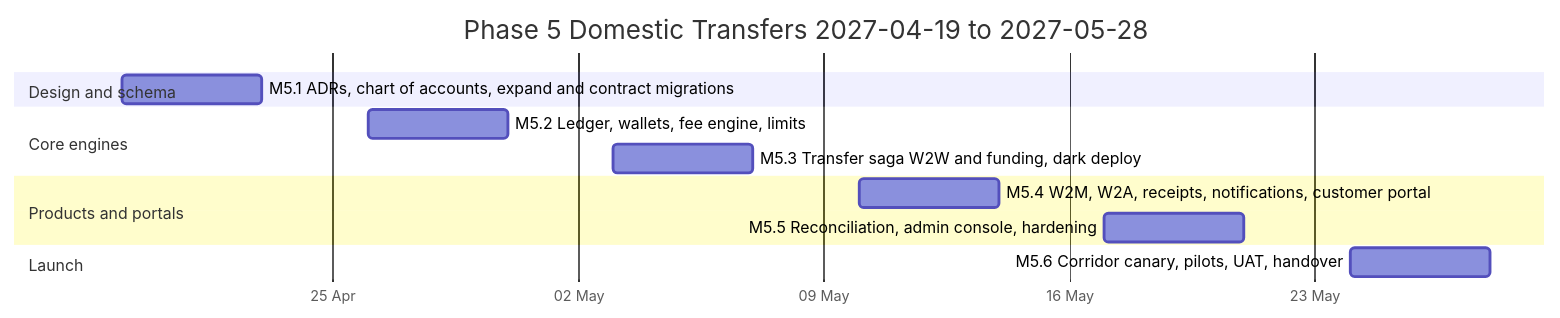
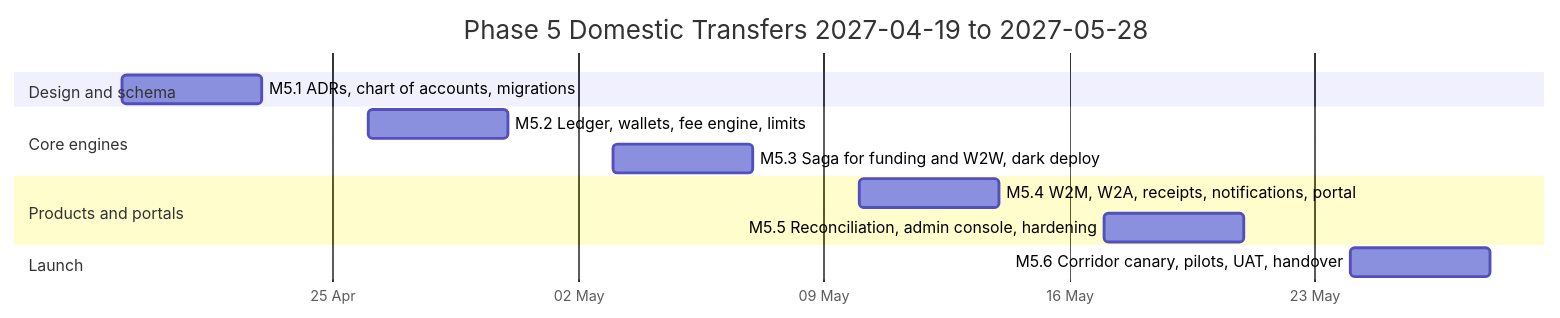
One commit to wouapit999/wouapit999 changed the first of 7 diagrams in docs/phases/phase-05-domestic-transfers.md. Above: the diagram before and after it, drawn with Mermaid. The commit also changed other lines of this file and 5 other files, not shown here.

````diff
--- a/docs/phases/phase-05-domestic-transfers.md
+++ b/docs/phases/phase-05-domestic-transfers.md
@@ -80,16 +79,16 @@
 ```mermaid
 gantt
   title Phase 5 Domestic Transfers 2027-04-19 to 2027-05-28
   dateFormat YYYY-MM-DD
   axisFormat %d %b
   section Design and schema
-  M5.1 ADRs, chart of accounts, expand and contract migrations   :m1, 2027-04-19, 2027-04-23
+  M5.1 ADRs, chart of accounts, migrations         :m1, 2027-04-19, 2027-04-23
   section Core engines
-  M5.2 Ledger, wallets, fee engine, limits                       :m2, 2027-04-26, 2027-04-30
-  M5.3 Transfer saga W2W and funding, dark deploy                :m3, 2027-05-03, 2027-05-07
+  M5.2 Ledger, wallets, fee engine, limits         :m2, 2027-04-26, 2027-04-30
+  M5.3 Saga for funding and W2W, dark deploy       :m3, 2027-05-03, 2027-05-07
   section Products and portals
-  M5.4 W2M, W2A, receipts, notifications, customer portal        :m4, 2027-05-10, 2027-05-14
-  M5.5 Reconciliation, admin console, hardening                  :m5, 2027-05-17, 2027-05-21
+  M5.4 W2M, W2A, receipts, notifications, portal   :m4, 2027-05-10, 2027-05-14
+  M5.5 Reconciliation, admin console, hardening    :m5, 2027-05-17, 2027-05-21
   section Launch
-  M5.6 Corridor canary, pilots, UAT, handover                    :m6, 2027-05-24, 2027-05-28
+  M5.6 Corridor canary, pilots, UAT, handover      :m6, 2027-05-24, 2027-05-28
 ```
````
